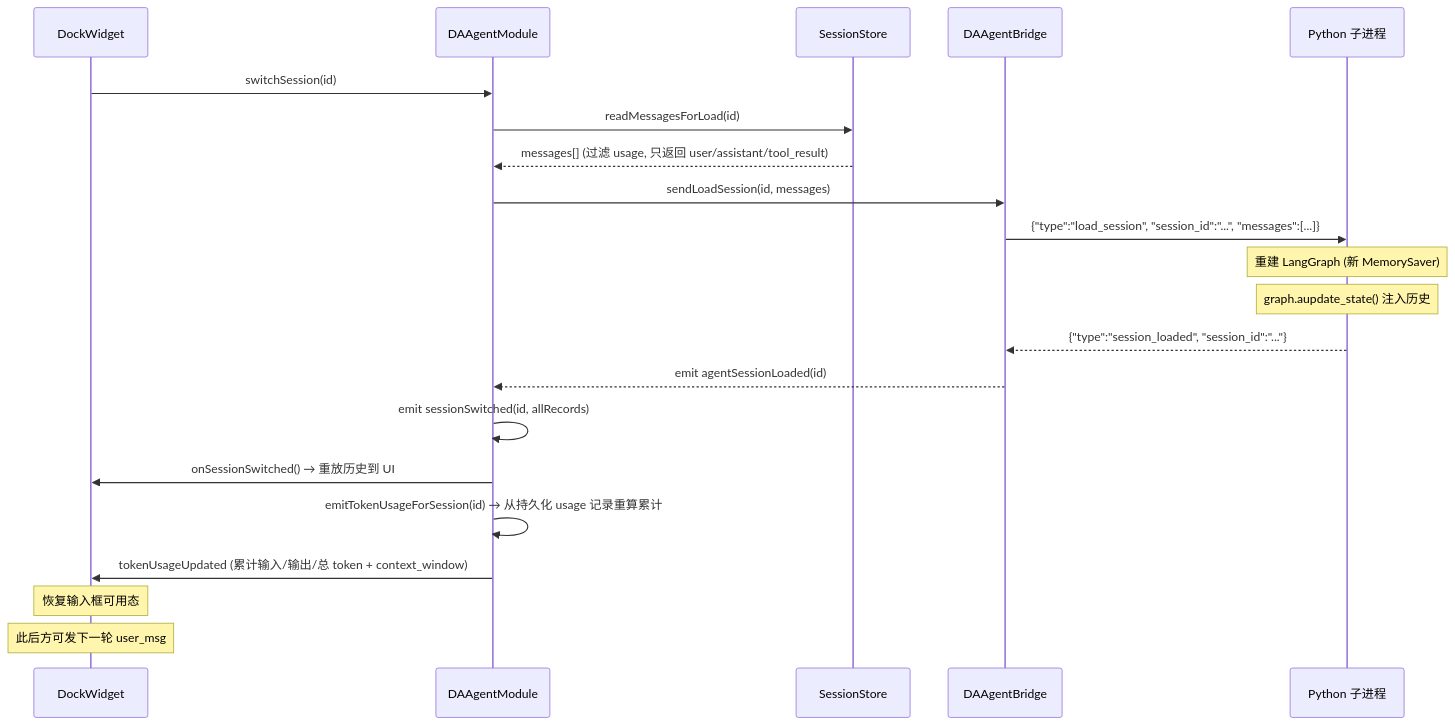
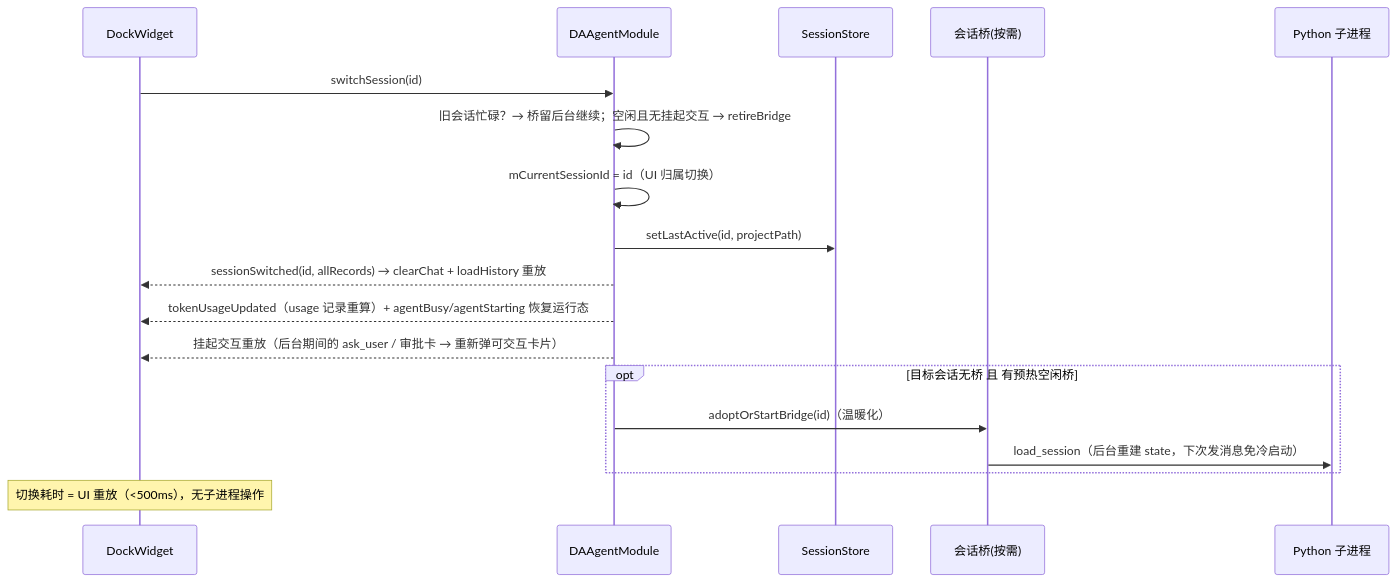
Before and after one commit to czyt1988/data-workbench: the second of 4 diagrams in docs/zh/dev-guide/agent/session-management.md, drawn with Mermaid. The commit also changed other lines of this file and 1 other file, not shown here.

Commit message:
docs(agent): 更新并发会话设计——桥生命周期、切换纯重放语义与 T15 修订
- session-management.md：设计要点新增并发会话条目；切换时序图重画
  （纯 UI 重放 + 运行态/挂起交互恢复 + 预热桥温暖化）；新增桥生命
  周期与退役、processExited 崩溃自愈时序陷阱说明
- AGENTS.md：信号链更新为 attachBridge 按会话路由（×N 桥）；
  D3 懒启动改述（adoptOrStartBridge + load_session 管道序）；T15
  两条铁律改写（切换不触碰子进程 / state 重建=stdin 管道序结构性
  保证），新增桥生命周期与 processExited 禁止清映射；3.1/T17 同步

````diff
--- a/docs/zh/dev-guide/agent/session-management.md
+++ b/docs/zh/dev-guide/agent/session-management.md
@@ -123,27 +123,21 @@
 ```mermaid
 sequenceDiagram
     participant UI as DockWidget
     participant M as DAAgentModule
     participant S as SessionStore
-    participant B as DAAgentBridge
+    participant B as 会话桥(按需)
     participant Py as Python 子进程
 
     UI->>M: switchSession(id)
-    M->>S: readMessagesForLoad(id)
-    S-->>M: messages[] (过滤 usage, 只返回 user/assistant/tool_result)
-    M->>B: sendLoadSession(id, messages)
-    B->>Py: {"type":"load_session", "session_id":"...", "messages":[...]}
-
-    Note over Py: 重建 LangGraph (新 MemorySaver)
-    Note over Py: graph.aupdate_state() 注入历史
-
-    Py-->>B: {"type":"session_loaded", "session_id":"..."}
-    B-->>M: emit agentSessionLoaded(id)
-    M->>M: emit sessionSwitched(id, allRecords)
-    M->>UI: onSessionSwitched() → 重放历史到 UI
-    M->>M: emitTokenUsageForSession(id) → 从持久化 usage 记录重算累计
-    M->>UI: tokenUsageUpdated (累计输入/输出/总 token + context_window)
-
-    Note over UI: 恢复输入框可用态
-    Note over UI: 此后方可发下一轮 user_msg
+    M->>M: 旧会话忙碌？→ 桥留后台继续；空闲且无挂起交互 → retireBridge
+    M->>M: mCurrentSessionId = id（UI 归属切换）
+    M->>S: setLastActive(id, projectPath)
+    M-->>UI: sessionSwitched(id, allRecords) → clearChat + loadHistory 重放
+    M-->>UI: tokenUsageUpdated（usage 记录重算）+ agentBusy/agentStarting 恢复运行态
+    M-->>UI: 挂起交互重放（后台期间的 ask_user / 审批卡 → 重新弹可交互卡片）
+    opt 目标会话无桥 且 有预热空闲桥
+        M->>B: adoptOrStartBridge(id)（温暖化）
+        B->>Py: load_session（后台重建 state，下次发消息免冷启动）
+    end
+    Note over UI: 切换耗时 = UI 重放（<500ms），无子进程操作
 ```
````
